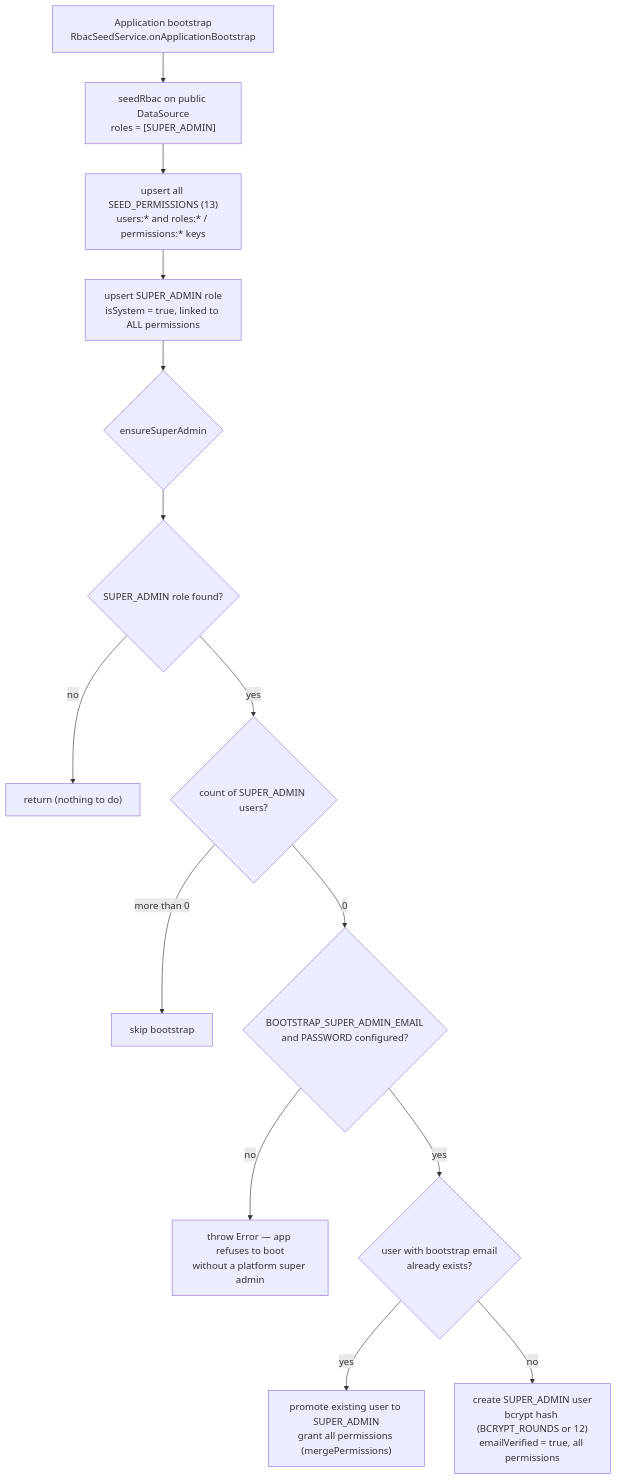
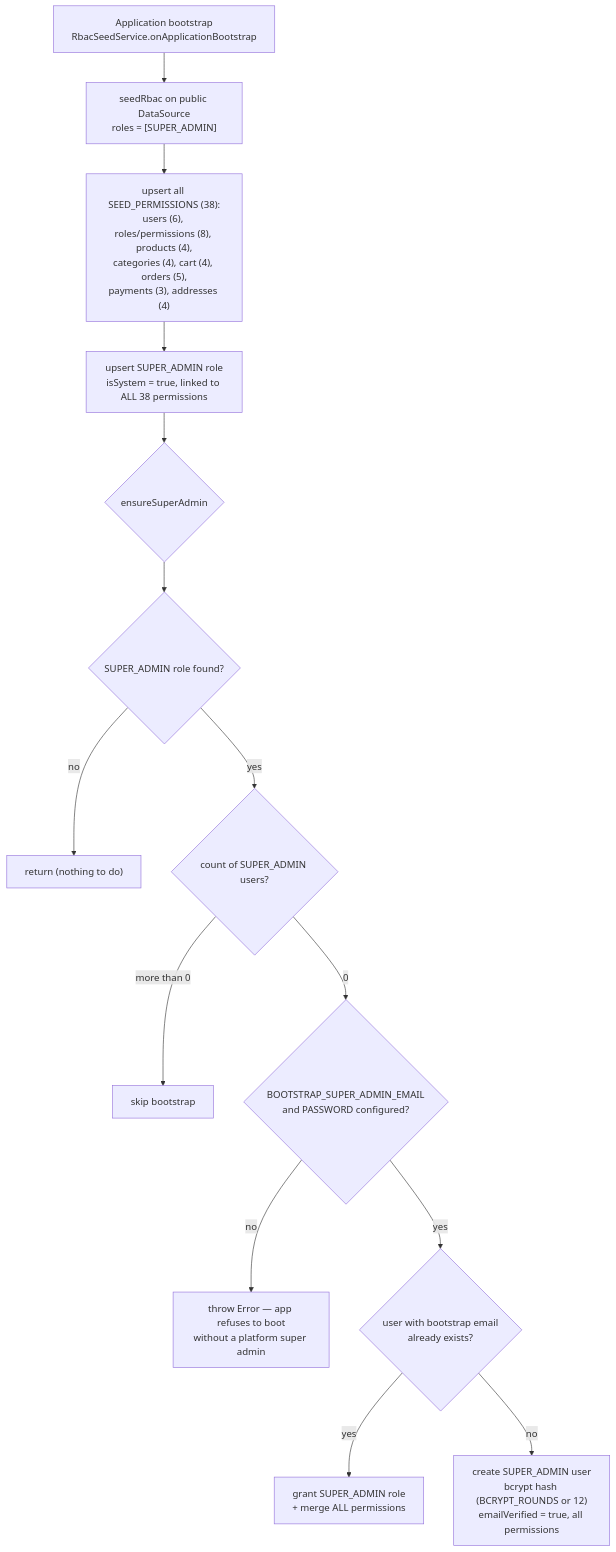
One commit to DevBassel/saas_commerce changed the third of 4 diagrams in apps/api/src/modules/rbac/workflow.md. Above: the diagram before and after it, drawn with Mermaid. The commit also changed other lines of this file and 100 other files, not shown here.

````diff
--- a/apps/api/src/modules/rbac/workflow.md
+++ b/apps/api/src/modules/rbac/workflow.md
@@ -56,15 +61,15 @@
 ```mermaid
 flowchart TD
     BOOT["Application bootstrap<br/>RbacSeedService.onApplicationBootstrap"] --> SEED["seedRbac on public DataSource<br/>roles = [SUPER_ADMIN]"]
-    SEED --> S1["upsert all SEED_PERMISSIONS (13)<br/>users:* and roles:* / permissions:* keys"]
-    S1 --> S2["upsert SUPER_ADMIN role<br/>isSystem = true, linked to ALL permissions"]
+    SEED --> S1["upsert all SEED_PERMISSIONS (38):<br/>users (6), roles/permissions (8), products (4),<br/>categories (4), cart (4), orders (5),<br/>payments (3), addresses (4)"]
+    S1 --> S2["upsert SUPER_ADMIN role<br/>isSystem = true, linked to ALL 38 permissions"]
     S2 --> E0{"ensureSuperAdmin"}
     E0 --> E1{"SUPER_ADMIN role found?"} -->|"no"| SKIP["return (nothing to do)"]
     E1 -->|"yes"| E2{"count of SUPER_ADMIN users?"}
     E2 -->|"more than 0"| SKIP2["skip bootstrap"]
     E2 -->|"0"| E3{"BOOTSTRAP_SUPER_ADMIN_EMAIL<br/>and PASSWORD configured?"}
     E3 -->|"no"| FAIL["throw Error — app refuses to boot<br/>without a platform super admin"]
     E3 -->|"yes"| E4{"user with bootstrap email<br/>already exists?"}
-    E4 -->|"yes"| E5["promote existing user to SUPER_ADMIN<br/>grant all permissions (mergePermissions)"]
+    E4 -->|"yes"| E5["grant SUPER_ADMIN role<br/>+ merge ALL permissions"]
     E4 -->|"no"| E6["create SUPER_ADMIN user<br/>bcrypt hash (BCRYPT_ROUNDS or 12)<br/>emailVerified = true, all permissions"]
 ```
````
